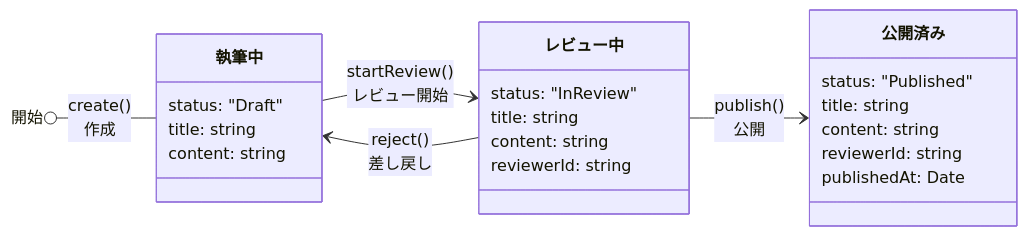
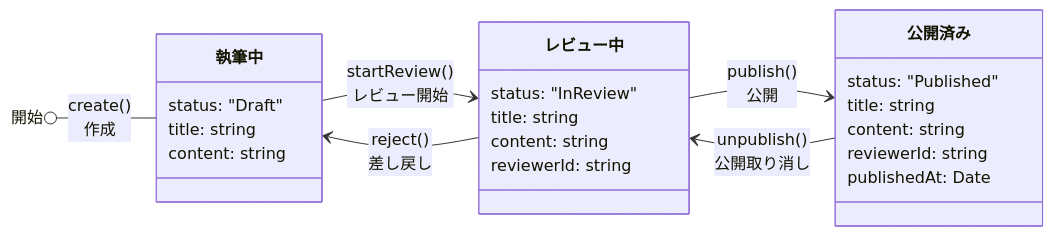
Before and after one commit to iwasa-kosui/til: the diagram in packages/domain-event/README.md, drawn with Mermaid. The commit also changed 1 other file, not shown here.

Commit message:
前回までのペア作業分

````diff
--- a/packages/domain-event/README.md
+++ b/packages/domain-event/README.md
@@ -30,30 +30,31 @@
 ```mermaid
 classDiagram
     direction LR
 
     class Draft["執筆中"] {
       status: "Draft"
       title: string
       content: string
     }
 
     class InReview["レビュー中"] {
       status: "InReview"
       title: string
       content: string
       reviewerId: string
     }
 
     class Published["公開済み"] {
       status: "Published"
       title: string
       content: string
       reviewerId: string
       publishedAt: Date
     }
 
     開始 ()-- Draft : create() <br> 作成
     Draft --> InReview : startReview() <br> レビュー開始
     InReview --> Published : publish() <br> 公開
     InReview --> Draft: reject() <br> 差し戻し
+    Published --> InReview: unpublish() <br> 公開取り消し
 ```
````
